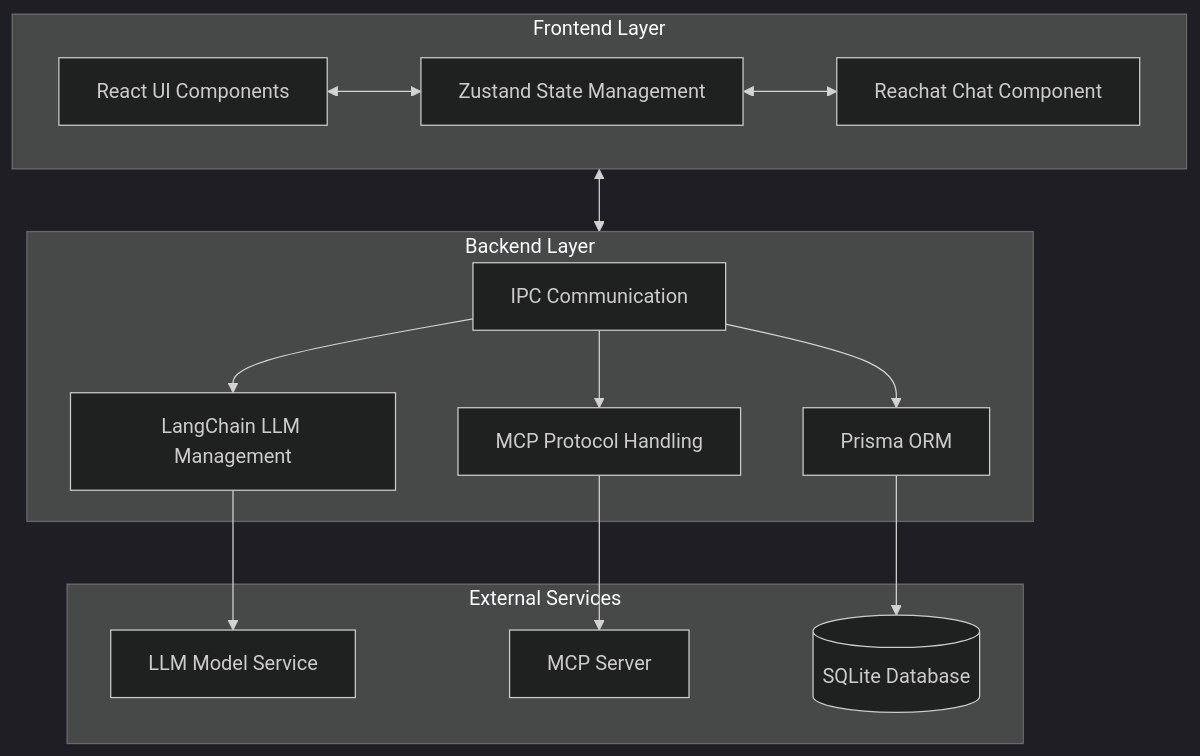
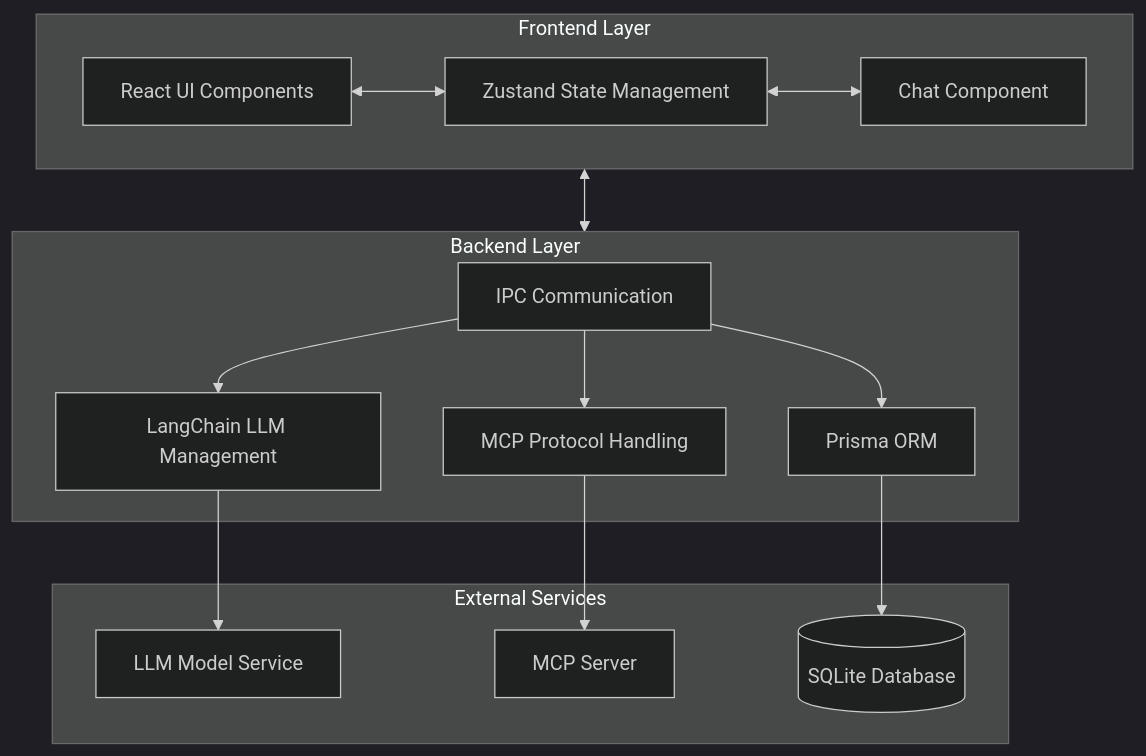
The diagram in README.md (Eivs/forge), drawn with Mermaid (dark theme) before and after one commit. The commit also changed other lines of this file and 33 other files, not shown here.

````diff
--- a/README.md
+++ b/README.md
@@ -141,31 +139,31 @@
 ```mermaid
 graph TB
     subgraph Frontend["Frontend Layer"]
         UI[React UI Components]
         State[Zustand State Management]
-        Chat[Reachat Chat Component]
+        Chat[Chat Component]
         UI <--> State
         State <--> Chat
     end
 
     subgraph Backend["Backend Layer"]
         IPC[IPC Communication]
         LLM[LangChain LLM Management]
         DB[Prisma ORM]
         MCP[MCP Protocol Handling]
         IPC --> LLM
         IPC --> DB
         IPC --> MCP
     end
 
     subgraph External["External Services"]
         AI[LLM Model Service]
         Tools[MCP Server]
         Storage[(SQLite Database)]
     end
 
     Frontend <--> Backend
     LLM --> AI
     MCP --> Tools
     DB --> Storage
 ```
````
